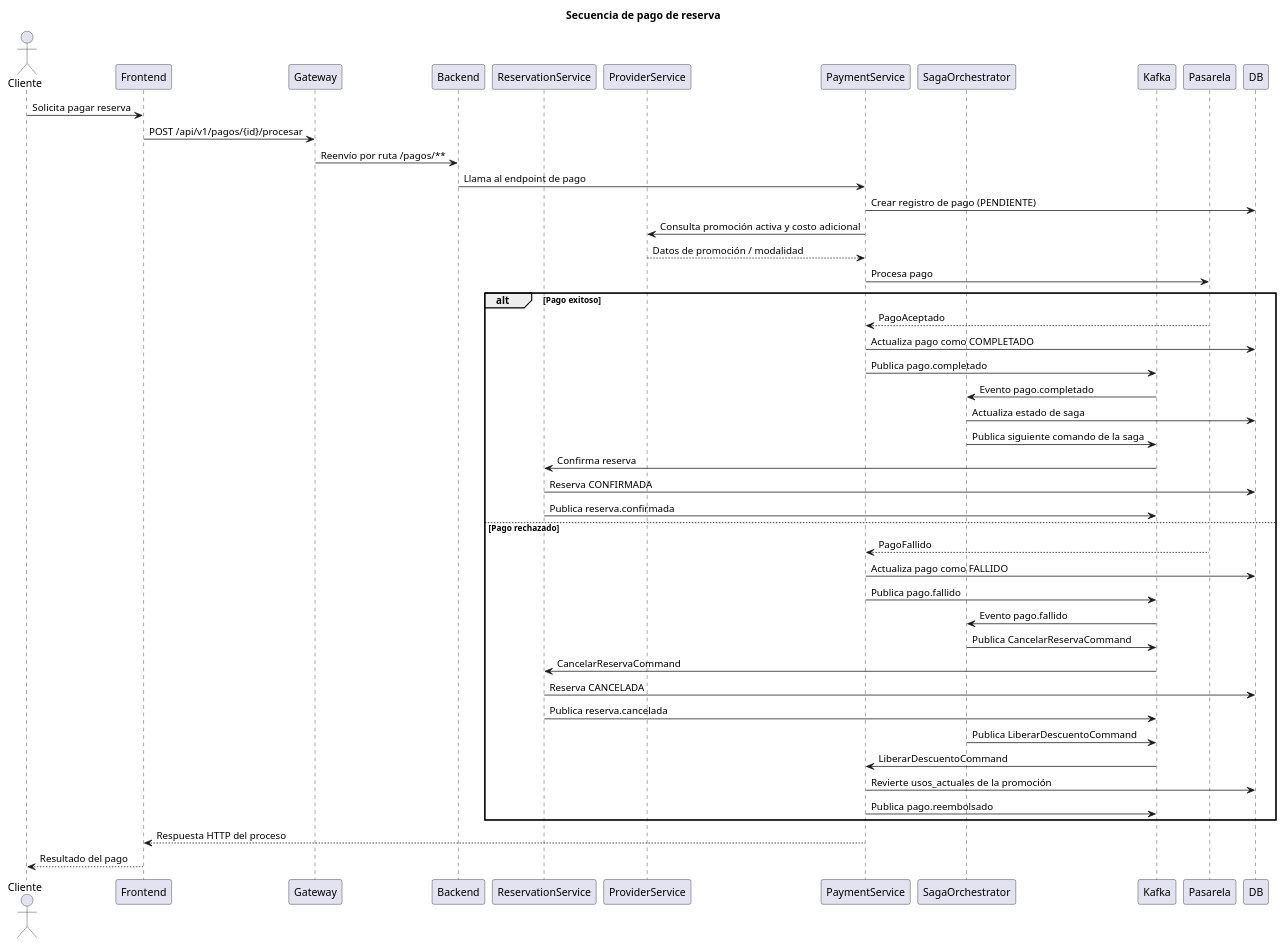
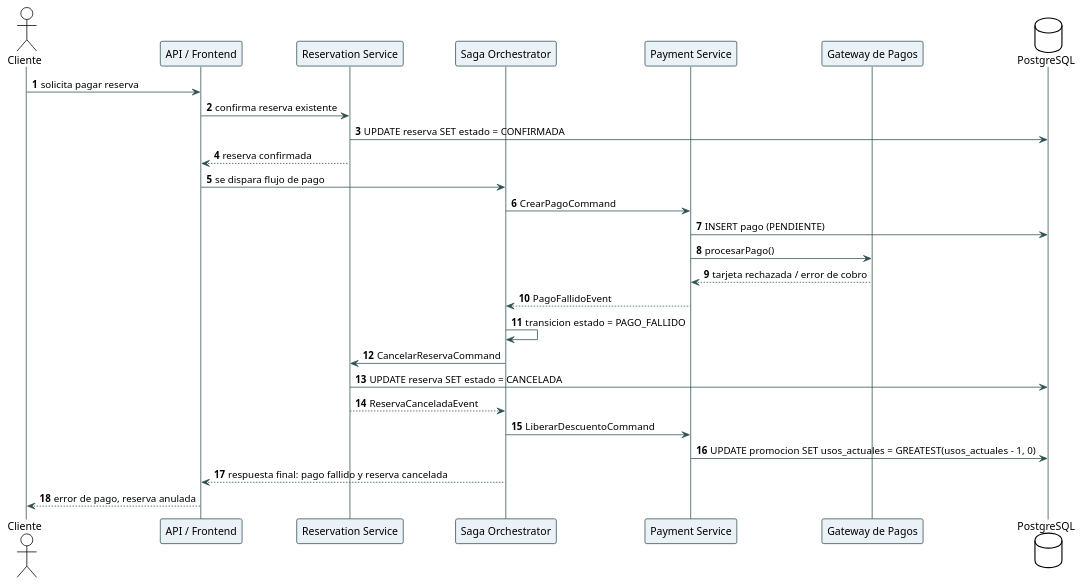
The diagram in diagramas/4-secuencia-pago.puml (rolyjuarez/PetCare), drawn with PlantUML before and after one commit. The commit also changed other lines of this file, not shown here.

Commit message:
Diagramas Api gateway

```diff
--- a/diagramas/4-secuencia-pago.puml
+++ b/diagramas/4-secuencia-pago.puml
@@ -1,56 +3,45 @@
 @startuml
-' ============================================================================
-' PETCare - Secuencia de pago con saga y compensación
-' ============================================================================
+!theme plain
+skinparam sequence {
+  ArrowColor #2F4F4F
+  LifeLineBorderColor #2F4F4F
+  LifeLineBackgroundColor #F8F8F8
+  ParticipantBorderColor #2F4F4F
+  ParticipantBackgroundColor #EAF2F8
+  BoxBorderColor #566573
+  BoxBackgroundColor #F7F9FA
+}
 
-title Secuencia de pago de reserva
+autonumber
+actor Cliente
+participant "API / Frontend" as API
+participant "Reservation Service" as Reservation
+participant "Saga Orchestrator" as Saga
+participant "Payment Service" as Payment
+participant "Gateway de Pagos" as Gateway
+database "PostgreSQL" as DB
 
-actor Cliente
-participant Frontend
-participant Gateway
-participant Backend
-participant ReservationService
-participant ProviderService
-participant PaymentService
-participant SagaOrchestrator
-participant Kafka
-participant Pasarela
-participant DB
+Cliente -> API: solicita pagar reserva
+API -> Reservation: confirma reserva existente
+Reservation -> DB: UPDATE reserva SET estado = CONFIRMADA
+Reservation --> API: reserva confirmada
 
-Cliente -> Frontend: Solicita pagar reserva
-Frontend -> Gateway: POST /api/v1/pagos/{id}/procesar
-Gateway -> Backend: Reenvío por ruta /pagos/**
-Backend -> PaymentService: Llama al endpoint de pago
+API -> Saga: se dispara flujo de pago
+Saga -> Payment: CrearPagoCommand
+Payment -> DB: INSERT pago (PENDIENTE)
+Payment -> Gateway: procesarPago()
+Gateway --> Payment: tarjeta rechazada / error de cobro
 
-PaymentService -> DB: Crear registro de pago (PENDIENTE)
-PaymentService -> ProviderService: Consulta promoción activa y costo adicional
-ProviderService --> PaymentService: Datos de promoción / modalidad
-PaymentService -> Pasarela: Procesa pago
-alt Pago exitoso
-    Pasarela --> PaymentService: PagoAceptado
-    PaymentService -> DB: Actualiza pago como COMPLETADO
-    PaymentService -> Kafka: Publica pago.completado
-    Kafka -> SagaOrchestrator: Evento pago.completado
-    SagaOrchestrator -> DB: Actualiza estado de saga
-    SagaOrchestrator -> Kafka: Publica siguiente comando de la saga
-    Kafka -> ReservationService: Confirma reserva
-    ReservationService -> DB: Reserva CONFIRMADA
-    ReservationService -> Kafka: Publica reserva.confirmada
-else Pago rechazado
-    Pasarela --> PaymentService: PagoFallido
-    PaymentService -> DB: Actualiza pago como FALLIDO
-    PaymentService -> Kafka: Publica pago.fallido
-    Kafka -> SagaOrchestrator: Evento pago.fallido
-    SagaOrchestrator -> Kafka: Publica CancelarReservaCommand
-    Kafka -> ReservationService: CancelarReservaCommand
-    ReservationService -> DB: Reserva CANCELADA
-    ReservationService -> Kafka: Publica reserva.cancelada
-    SagaOrchestrator -> Kafka: Publica LiberarDescuentoCommand
-    Kafka -> PaymentService: LiberarDescuentoCommand
-    PaymentService -> DB: Revierte usos_actuales de la promoción
-    PaymentService -> Kafka: Publica pago.reembolsado
-end
+Payment --> Saga: PagoFallidoEvent
+Saga -> Saga: transicion estado = PAGO_FALLIDO
+Saga -> Reservation: CancelarReservaCommand
+Reservation -> DB: UPDATE reserva SET estado = CANCELADA
+Reservation --> Saga: ReservaCanceladaEvent
 
-PaymentService --> Frontend: Respuesta HTTP del proceso
-Frontend --> Cliente: Resultado del pago
+Saga -> Payment: LiberarDescuentoCommand
+Payment -> DB: UPDATE promocion SET usos_actuales = GREATEST(usos_actuales - 1, 0)
+
+Saga --> API: respuesta final: pago fallido y reserva cancelada
+API --> Cliente: error de pago, reserva anulada
+
 @enduml
```
